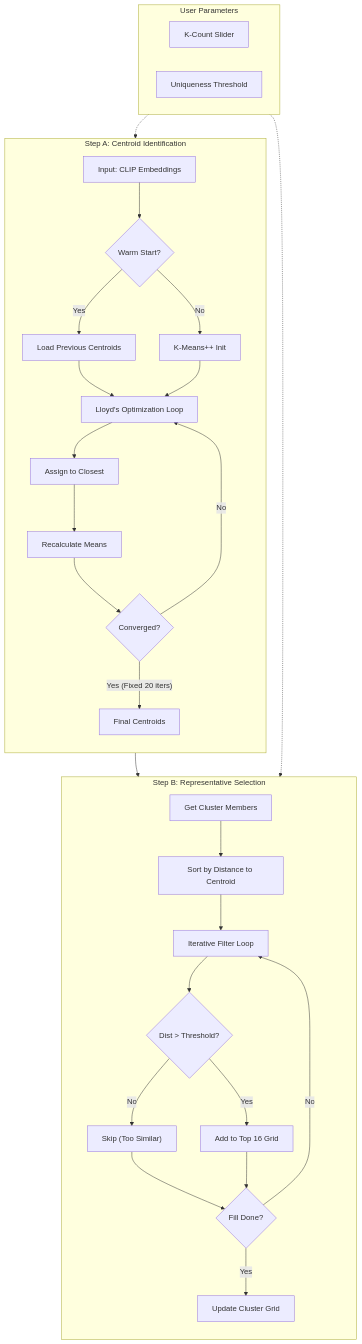
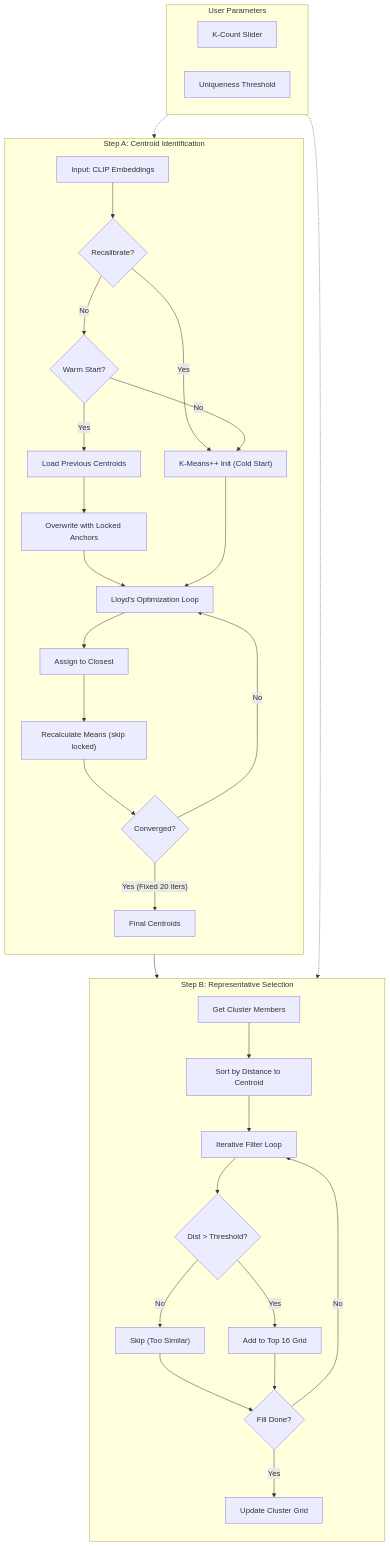
Before and after one commit to chinmaymulay007/image_clustering_antigravity: the first of 2 diagrams in clustering_algorithm.md, drawn with Mermaid. The commit also changed other lines of this file and 1 other file, not shown here.

````diff
--- a/clustering_algorithm.md
+++ b/clustering_algorithm.md
@@ -9,46 +9,49 @@
 ```mermaid
 graph TD
     %% Global Parameters
     subgraph Params ["User Parameters"]
         direction LR
         K_VAL["K-Count Slider"]
         U_VAL["Uniqueness Threshold"]
     end
 
     %% Step A
     subgraph StepA ["Step A: Centroid Identification"]
         direction TB
-        A1["Input: CLIP Embeddings"] --> A_INIT{"Warm Start?"}
+        A1["Input: CLIP Embeddings"] --> A_RECAL{"Recalibrate?"}
+        A_RECAL -- Yes --> A_KPLUS["K-Means++ Init (Cold Start)"]
+        A_RECAL -- No --> A_INIT{"Warm Start?"}
         A_INIT -- Yes --> A_LOAD["Load Previous Centroids"]
-        A_INIT -- No --> A_KPLUS["K-Means++ Init"]
+        A_INIT -- No --> A_KPLUS
         
-        A_LOAD --> A_LOOP["Lloyd's Optimization Loop"]
+        A_LOAD --> A_ANCHOR["Overwrite with Locked Anchors"]
+        A_ANCHOR --> A_LOOP["Lloyd's Optimization Loop"]
         A_KPLUS --> A_LOOP
         
         A_LOOP --> A_ASSIGN["Assign to Closest"]
-        A_ASSIGN --> A_MEAN["Recalculate Means"]
+        A_ASSIGN --> A_MEAN["Recalculate Means (skip locked)"]
         A_MEAN --> A_CONV{"Converged?"}
         A_CONV -- No --> A_LOOP
         A_CONV -- "Yes (Fixed 20 iters)" --> A_FINAL["Final Centroids"]
     end
 
     %% Step B
     subgraph StepB ["Step B: Representative Selection"]
         direction TB
         B1["Get Cluster Members"] --> B_SORT["Sort by Distance to Centroid"]
         B_SORT --> B_ITER["Iterative Filter Loop"]
         B_ITER --> B_DIST{"Dist > Threshold?"}
         B_DIST -- No --> B_SKIP["Skip (Too Similar)"]
         B_DIST -- Yes --> B_ADD["Add to Top 16 Grid"]
         
         B_SKIP --> B_CHECK{"Fill Done?"}
         B_ADD --> B_CHECK
         B_CHECK -- No --> B_ITER
         B_CHECK -- Yes --> B_UI["Update Cluster Grid"]
     end
 
     %% Connections
     K_VAL -.-> A_FINAL
     U_VAL -.-> B_DIST
     A_FINAL --> StepB
 ```
````
